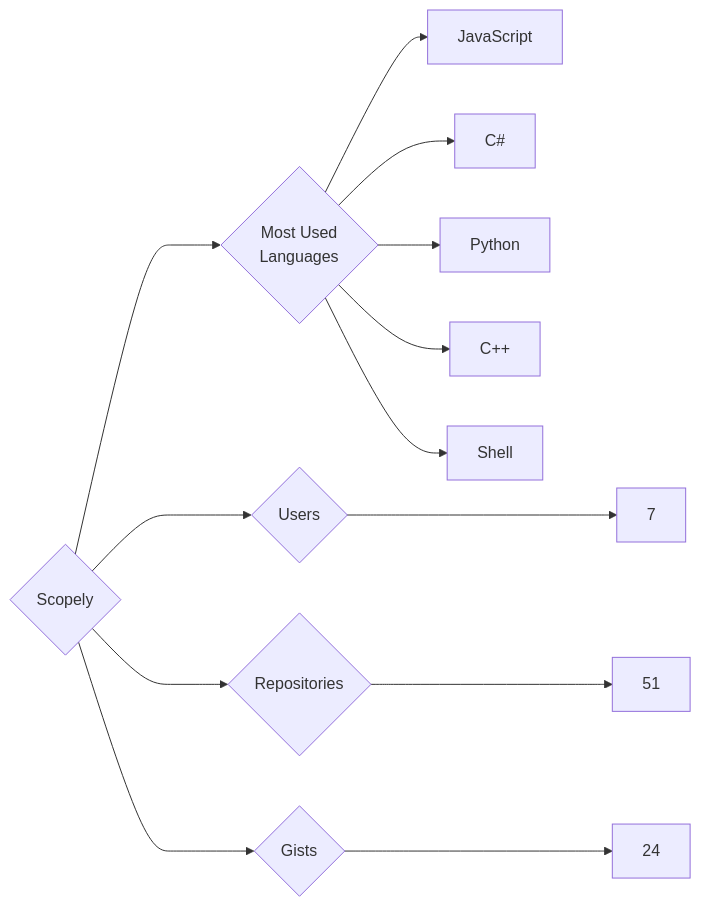
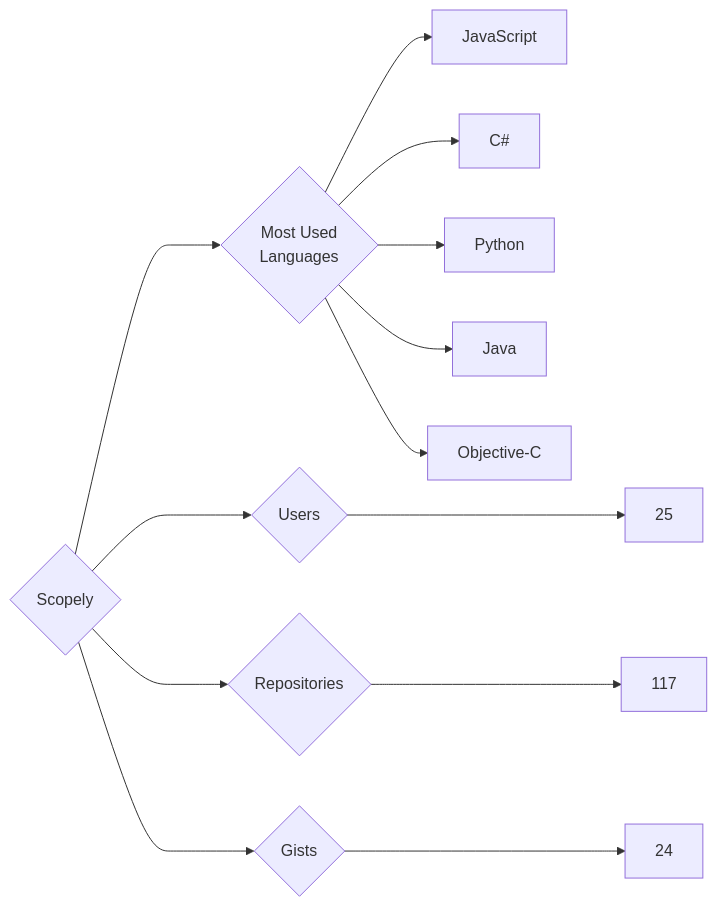
Before and after one commit to trickest/insiders: the diagram in targets/Scopely/README.md, drawn with Mermaid. The commit also changed 895 other files, not shown here.

````diff
--- a/targets/Scopely/README.md
+++ b/targets/Scopely/README.md
@@ -3,13 +3,13 @@
 ```mermaid
 graph LR
 COMPANY_NAME{Scopely}
-COMPANY_NAME ---> U{Users} ---> UN[7]
-COMPANY_NAME ---> R{Repositories} ---> RN[51]
+COMPANY_NAME ---> U{Users} ---> UN[25]
+COMPANY_NAME ---> R{Repositories} ---> RN[117]
 COMPANY_NAME ---> G{Gists} ---> GN[24]
 COMPANY_NAME ---> ML{Most Used<br>Languages}
 ML --> JavaScript[JavaScript]
 ML --> C#[C#]
 ML --> Python[Python]
-ML --> C++[C++]
-ML --> Shell[Shell]
+ML --> Java[Java]
+ML --> Objective-C[Objective-C]
 ```
````
